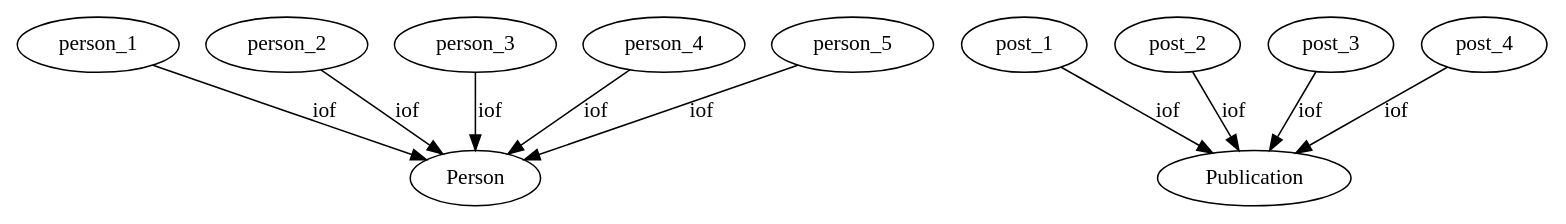
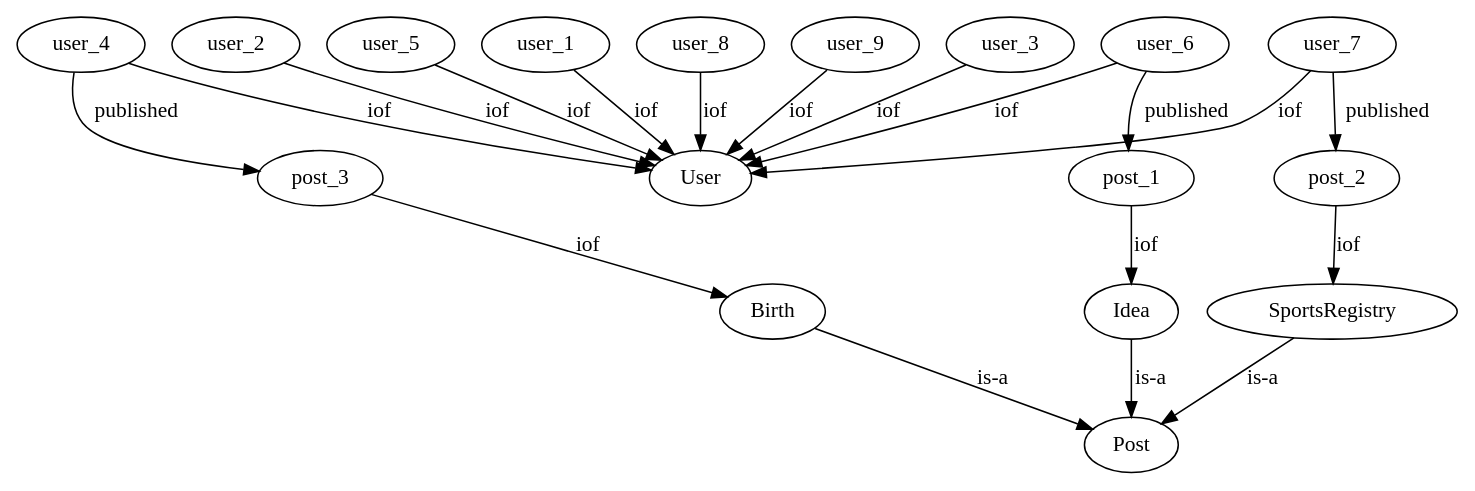
Before and after one commit to OctavioMaia/PLC_PRI: the diagram in Trabalho/GCS/output_DOT.dot, drawn with Graphviz. The commit also changed 3 other files, not shown here.

```diff
--- a/Trabalho/GCS/output_DOT.dot
+++ b/Trabalho/GCS/output_DOT.dot
@@ -1,1 +1,1 @@
-digraph IAm {"person_1" -> "Person" [ label = "iof" ];"person_2" -> "Person" [ label = "iof" ];"person_3" -> "Person" [ label = "iof" ];"person_4" -> "Person" [ label = "iof" ];"person_5" -> "Person" [ label = "iof" ];"post_1" -> "Publication" [ label = "iof" ];"post_2" -> "Publication" [ label = "iof" ];"post_3" -> "Publication" [ label = "iof" ];"post_4" -> "Publication" [ label = "iof" ];}
+digraph IAm {"user_1" -> "User" [ label = "iof" ];"user_2" -> "User" [ label = "iof" ];"user_3" -> "User" [ label = "iof" ];"user_4" -> "User" [ label = "iof" ];"user_5" -> "User" [ label = "iof" ];"user_6" -> "User" [ label = "iof" ];"user_7" -> "User" [ label = "iof" ];"user_8" -> "User" [ label = "iof" ];"user_9" -> "User" [ label = "iof" ];"user_6" -> "post_1" [ label = "published" ];"post_1" -> "Idea" [ label = "iof" ];"Idea" -> "Post" [ label = "is-a" ];"user_7" -> "post_2" [ label = "published" ];"post_2" -> "SportsRegistry" [ label = "iof" ];"SportsRegistry" -> "Post" [ label = "is-a" ];"user_4" -> "post_3" [ label = "published" ];"post_3" -> "Birth" [ label = "iof" ];"Birth" -> "Post" [ label = "is-a" ];}
```
